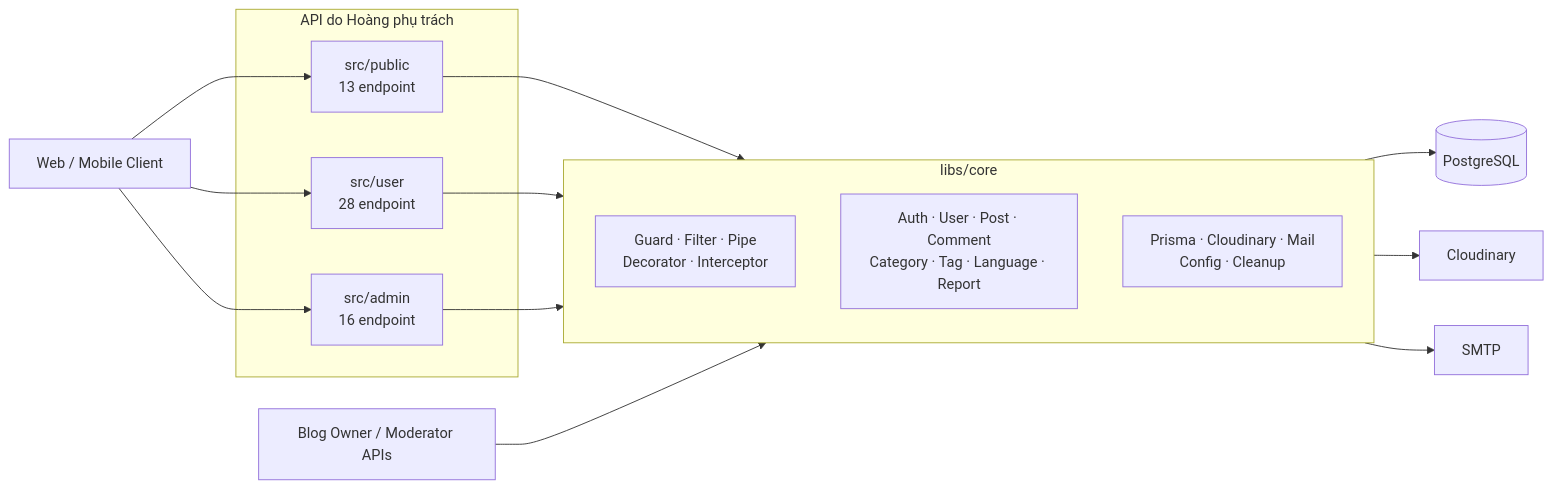
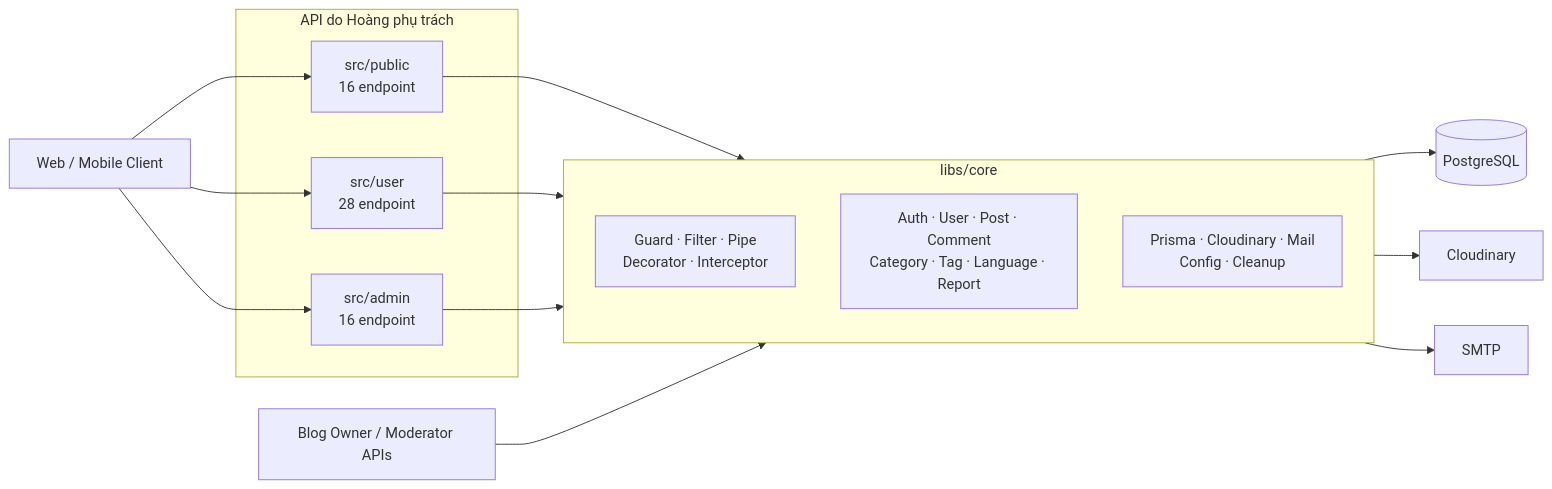
One commit to ngocha3792/Quan-ly-blog changed the diagram in docs/phancongcongviec/HOANG_WORK_ASSIGNMENT.md. Above: the diagram before and after it, drawn with Mermaid. The commit also changed other lines of this file and 6 other files, not shown here.

````diff
--- a/docs/phancongcongviec/HOANG_WORK_ASSIGNMENT.md
+++ b/docs/phancongcongviec/HOANG_WORK_ASSIGNMENT.md
@@ -25,32 +25,32 @@
 ```mermaid
 flowchart LR
     CLIENT[Web / Mobile Client]
 
     subgraph API[API do Hoàng phụ trách]
-        PUBLIC[src/public\n13 endpoint]
+        PUBLIC[src/public\n16 endpoint]
         USER[src/user\n28 endpoint]
         ADMIN[src/admin\n16 endpoint]
     end
 
     subgraph CORE[libs/core]
         COMMON[Guard · Filter · Pipe\nDecorator · Interceptor]
         DOMAIN[Auth · User · Post · Comment\nCategory · Tag · Language · Report]
         INFRA[Prisma · Cloudinary · Mail\nConfig · Cleanup]
     end
 
     OTHER[Blog Owner / Moderator APIs]
     DB[(PostgreSQL)]
     CLOUD[Cloudinary]
     MAIL[SMTP]
 
     CLIENT --> PUBLIC
     CLIENT --> USER
     CLIENT --> ADMIN
     PUBLIC --> CORE
     USER --> CORE
     ADMIN --> CORE
     OTHER --> CORE
     CORE --> DB
     CORE --> CLOUD
     CORE --> MAIL
 ```
````
